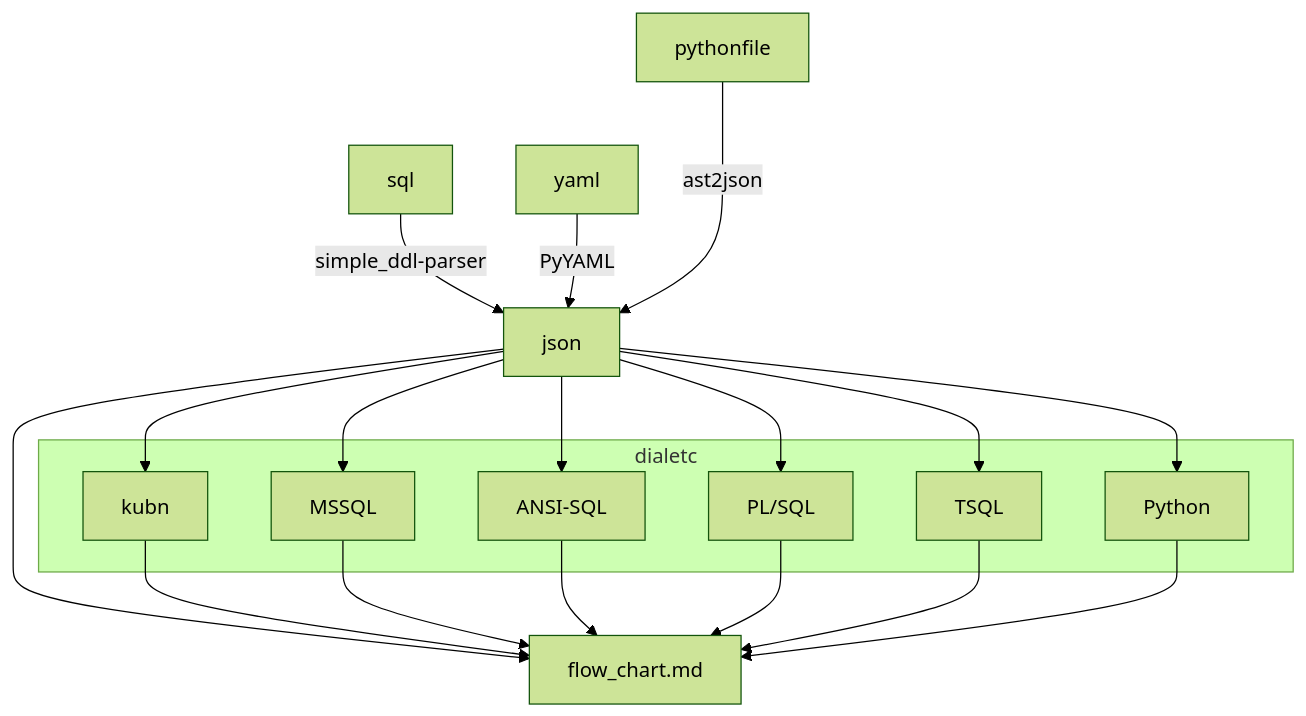
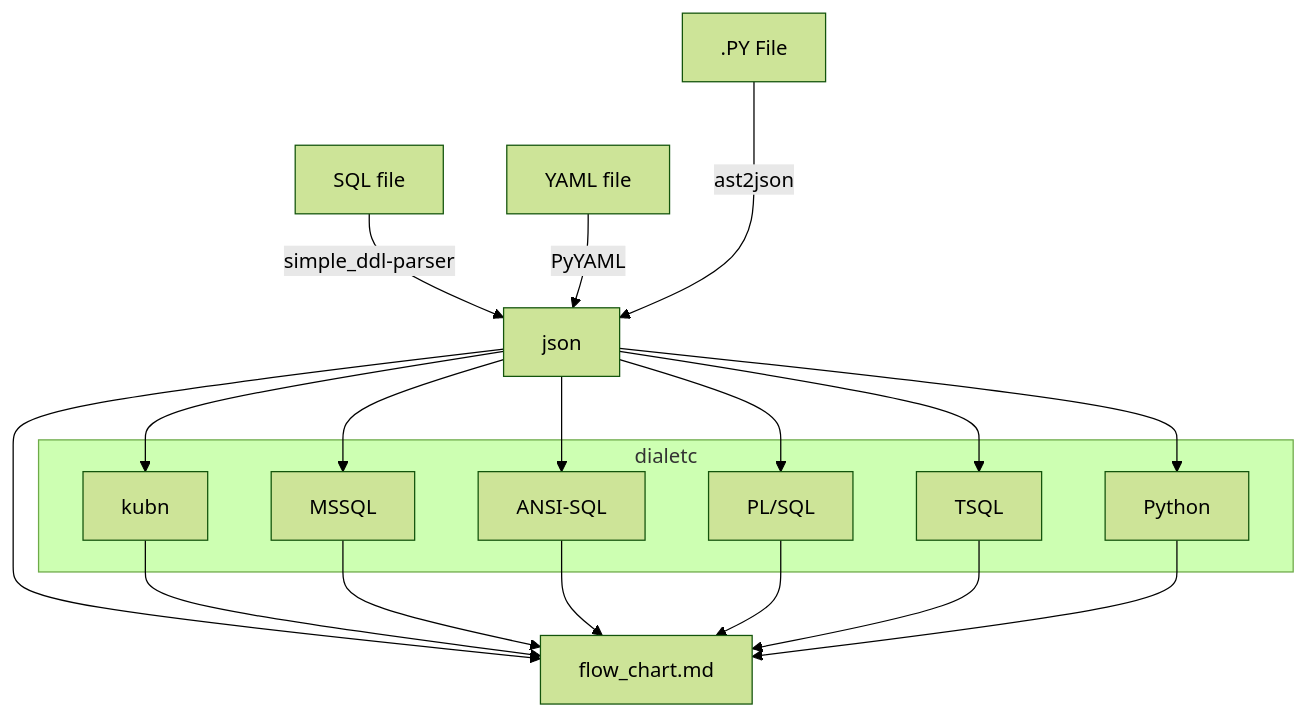
Before and after one commit to hung135/mermaid-map: the diagram in todo.md, drawn with Mermaid (forest theme).

````diff
--- a/todo.md
+++ b/todo.md
@@ -1,26 +1,26 @@
 ```mermaid
 graph TD
     subgraph dialetc
      kubn
      MSSQL
      TSQL
      Python
      PL/SQL
      ANSI-SQL
     end
      
 
 json-->flow_chart.md
-sql-->|simple_ddl-parser|json
-yaml-->|PyYAML|json
-pythonfile--->|ast2json|json
+A["SQL file"]-->|simple_ddl-parser|json
+B["YAML file"]-->|PyYAML|json
+C[".PY File"]--->|ast2json|json
     json-->kubn-->flow_chart.md
     json-->MSSQL-->flow_chart.md    
     json-->ANSI-SQL-->flow_chart.md
     json-->PL/SQL-->flow_chart.md
     json-->TSQL-->flow_chart.md
     json-->Python-->flow_chart.md
 
  
 
 ```
````
